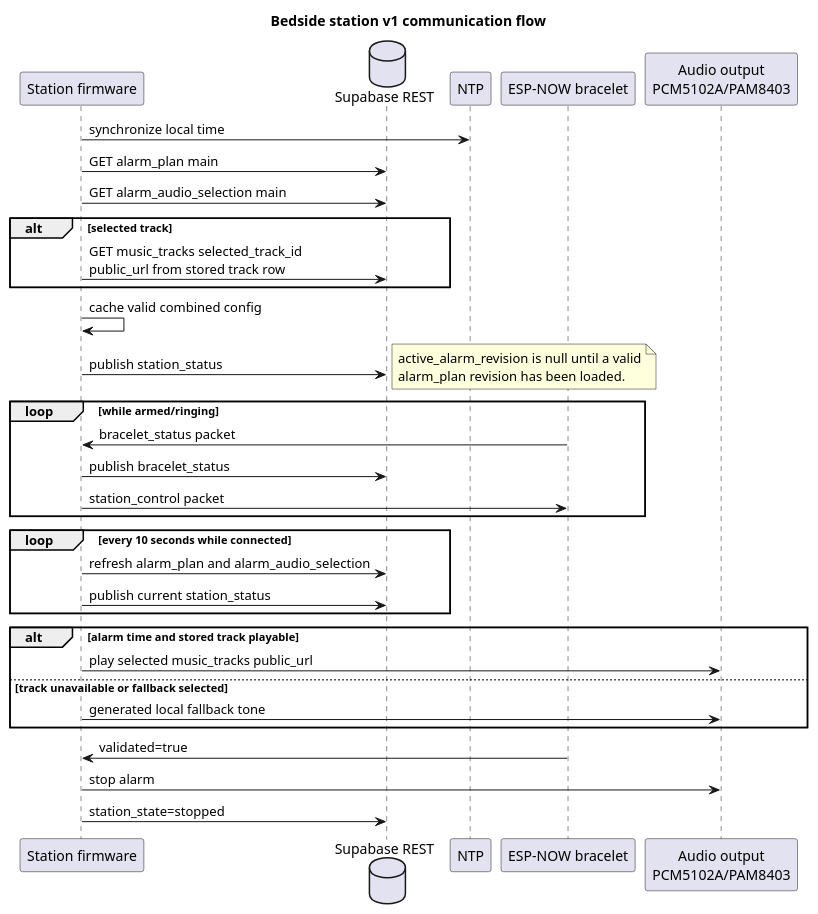
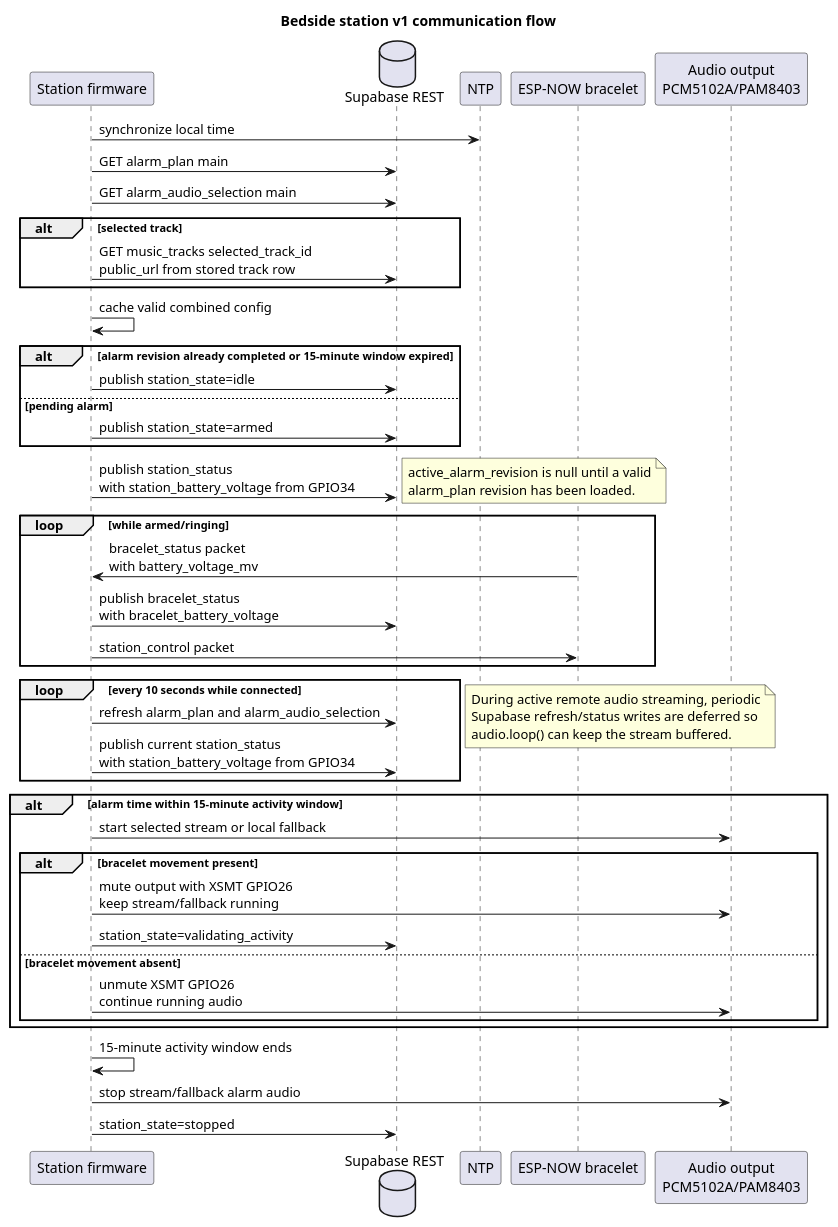
Before and after one commit to Jzn-wbr/Starter: the diagram in code/boite hp/UML/communication_flow.puml, drawn with PlantUML. The commit also changed 16 other files, not shown here.

Commit message:
Update alarm status and activity window behavior

```diff
--- a/code/boite hp/UML/communication_flow.puml
+++ b/code/boite hp/UML/communication_flow.puml
@@ -1,44 +1,58 @@
 @startuml
 title Bedside station v1 communication flow
 
 participant "Station firmware" as Station
 database "Supabase REST" as Supabase
 participant "NTP" as Ntp
 participant "ESP-NOW bracelet" as Bracelet
 participant "Audio output\nPCM5102A/PAM8403" as Audio
 
 Station -> Ntp : synchronize local time
 Station -> Supabase : GET alarm_plan main
 Station -> Supabase : GET alarm_audio_selection main
 alt selected track
   Station -> Supabase : GET music_tracks selected_track_id\npublic_url from stored track row
 end
 Station -> Station : cache valid combined config
-Station -> Supabase : publish station_status
+alt alarm revision already completed or 15-minute window expired
+  Station -> Supabase : publish station_state=idle
+else pending alarm
+  Station -> Supabase : publish station_state=armed
+end
+Station -> Supabase : publish station_status\nwith station_battery_voltage from GPIO34
 note right
   active_alarm_revision is null until a valid
   alarm_plan revision has been loaded.
 end note
 
 loop while armed/ringing
-  Bracelet -> Station : bracelet_status packet
-  Station -> Supabase : publish bracelet_status
+  Bracelet -> Station : bracelet_status packet\nwith battery_voltage_mv
+  Station -> Supabase : publish bracelet_status\nwith bracelet_battery_voltage
   Station -> Bracelet : station_control packet
 end
 
 loop every 10 seconds while connected
   Station -> Supabase : refresh alarm_plan and alarm_audio_selection
-  Station -> Supabase : publish current station_status
+  Station -> Supabase : publish current station_status\nwith station_battery_voltage from GPIO34
+end
+note right
+  During active remote audio streaming, periodic
+  Supabase refresh/status writes are deferred so
+  audio.loop() can keep the stream buffered.
+end note
+
+alt alarm time within 15-minute activity window
+  Station -> Audio : start selected stream or local fallback
+  alt bracelet movement present
+    Station -> Audio : mute output with XSMT GPIO26\nkeep stream/fallback running
+    Station -> Supabase : station_state=validating_activity
+  else bracelet movement absent
+    Station -> Audio : unmute XSMT GPIO26\ncontinue running audio
+  end
 end
 
-alt alarm time and stored track playable
-  Station -> Audio : play selected music_tracks public_url
-else track unavailable or fallback selected
-  Station -> Audio : generated local fallback tone
-end
-
-Bracelet -> Station : validated=true
-Station -> Audio : stop alarm
+Station -> Station : 15-minute activity window ends
+Station -> Audio : stop stream/fallback alarm audio
 Station -> Supabase : station_state=stopped
 
 @enduml
```
